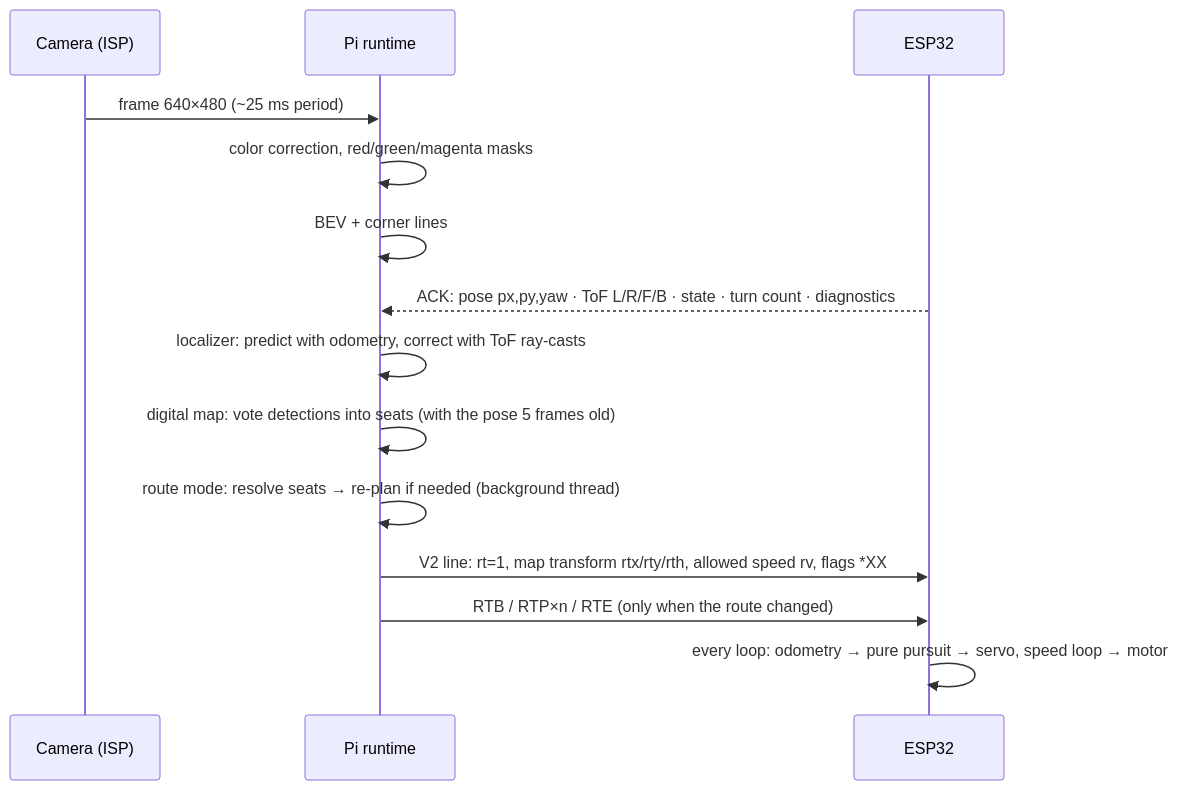
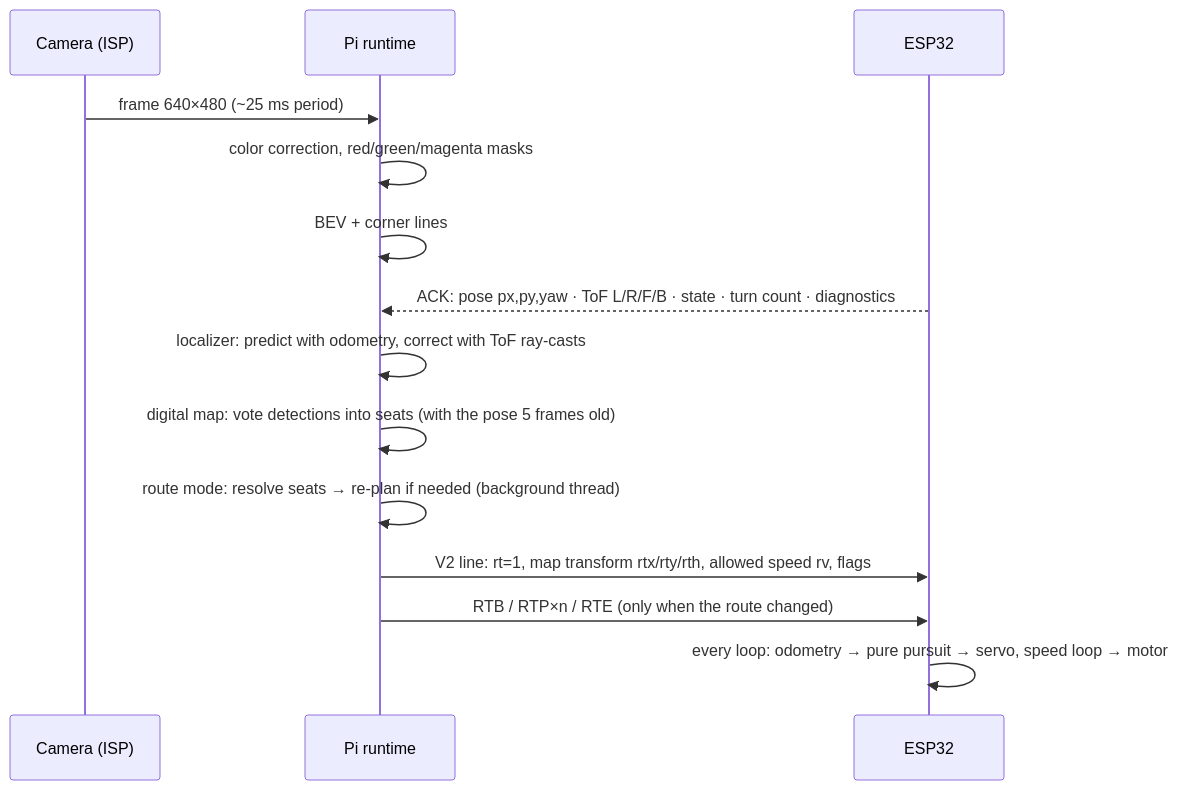
The third of 6 diagrams in README.md (Nakashima26/WRO_FE_2026_FoxRobotics), drawn with Mermaid before and after one commit. The commit also changed other lines of this file and 23 other files, not shown here.

Commit message:
v-photos: fotos del carro v2 en la raíz (lo que pide la plantilla) y las de v1 en v-photos/v1; README §2.4: el cruce ultrasónico queda como preparado y no usado en carrera (siguiente paso en §6); quitado un *XX suelto en el diagrama de §3.3

````diff
--- a/README.md
+++ b/README.md
@@ -600,16 +601,16 @@
 ```mermaid
 sequenceDiagram
   participant CAM as Camera (ISP)
   participant PI as Pi runtime
   participant ESP as ESP32
   CAM->>PI: frame 640×480 (~25 ms period)
   PI->>PI: color correction, red/green/magenta masks
   PI->>PI: BEV + corner lines
   ESP-->>PI: ACK: pose px,py,yaw · ToF L/R/F/B · state · turn count · diagnostics
   PI->>PI: localizer: predict with odometry, correct with ToF ray-casts
   PI->>PI: digital map: vote detections into seats (with the pose 5 frames old)
   PI->>PI: route mode: resolve seats → re-plan if needed (background thread)
-  PI->>ESP: V2 line: rt=1, map transform rtx/rty/rth, allowed speed rv, flags  *XX
+  PI->>ESP: V2 line: rt=1, map transform rtx/rty/rth, allowed speed rv, flags
   PI->>ESP: RTB / RTP×n / RTE (only when the route changed)
   ESP->>ESP: every loop: odometry → pure pursuit → servo, speed loop → motor
 ```
````
